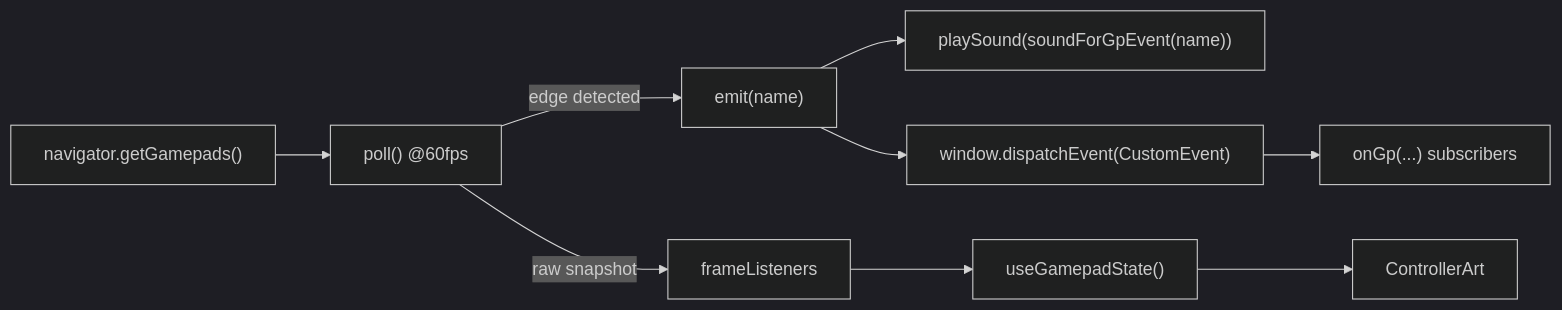
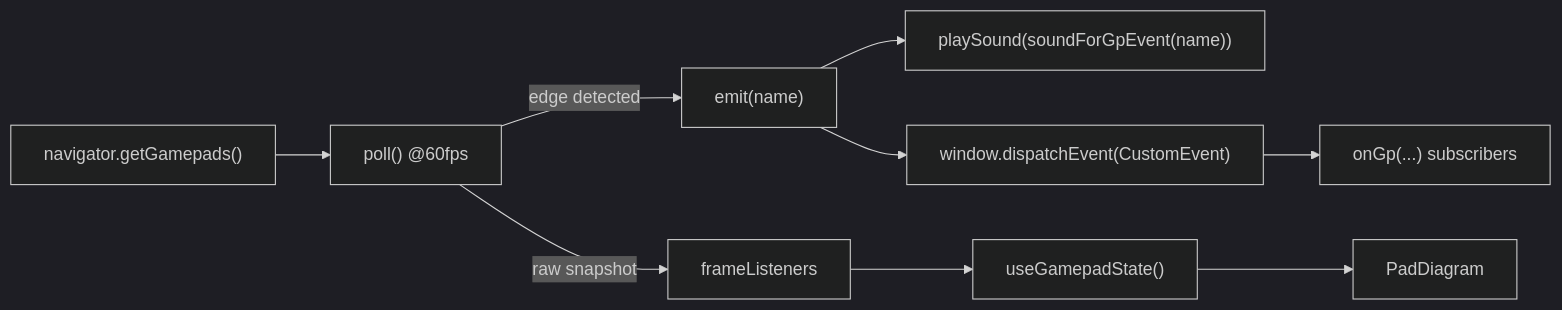
One commit to p4v1c/GamecoreRenew changed the diagram in docs/architecture/05-frontend.md. Above: the diagram before and after it, drawn with Mermaid (dark theme). The commit also changed other lines of this file and 16 other files, not shown here.

First line of the commit message:
feat(pad): a controller screen that is right for any pad

````diff
--- a/docs/architecture/05-frontend.md
+++ b/docs/architecture/05-frontend.md
@@ -85,11 +85,11 @@
 ```mermaid
 flowchart LR
     gp["navigator.getGamepads()"] --> poll["poll() @60fps"]
     poll -->|edge detected| emit["emit(name)"]
     emit --> snd["playSound(soundForGpEvent(name))"]
     emit --> win["window.dispatchEvent(CustomEvent)"]
     win --> onGp["onGp(...) subscribers"]
     poll -->|raw snapshot| frame["frameListeners"]
     frame --> state["useGamepadState()"]
-    state --> art["ControllerArt"]
+    state --> art["PadDiagram"]
 ```
````
